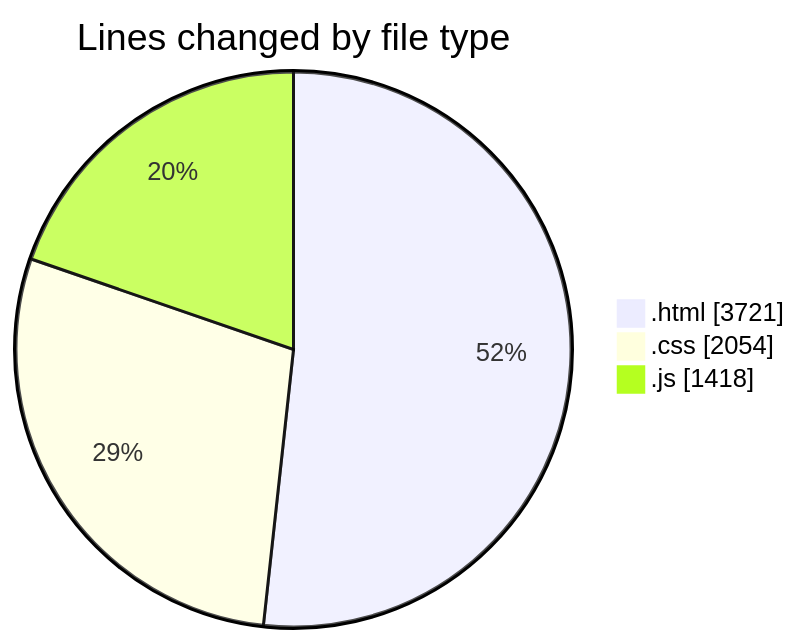
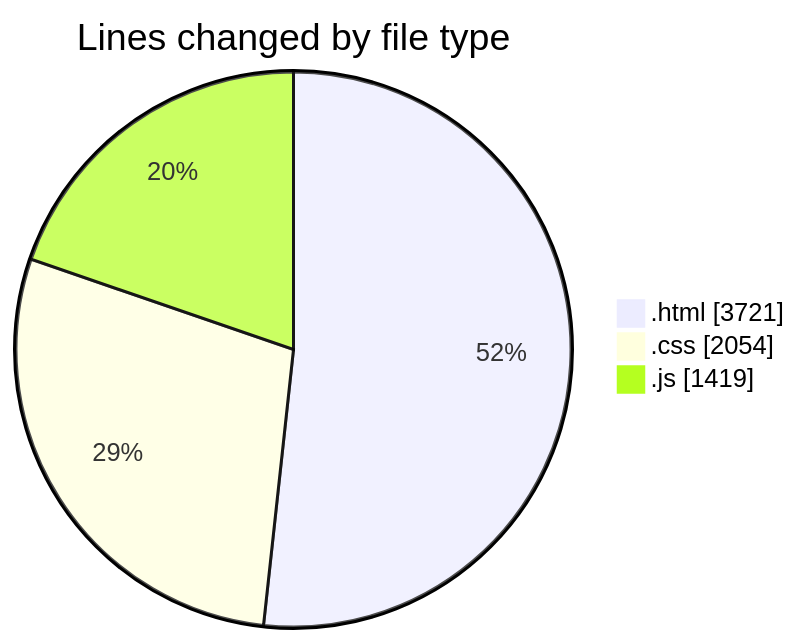
Before and after one commit to Ritupan-Deka/code-tracking: the first of 2 diagrams in 2025-05-24/projects/README.md, drawn with Mermaid. The commit also changed other lines of this file and 1 other file, not shown here.

````diff
--- a/2025-05-24/projects/README.md
+++ b/2025-05-24/projects/README.md
@@ -23,7 +23,7 @@
 ```mermaid
 pie showData
 title Lines changed by file type
 ".html" : 3721
 ".css" : 2054
-".js" : 1418
+".js" : 1419
 ```
````
